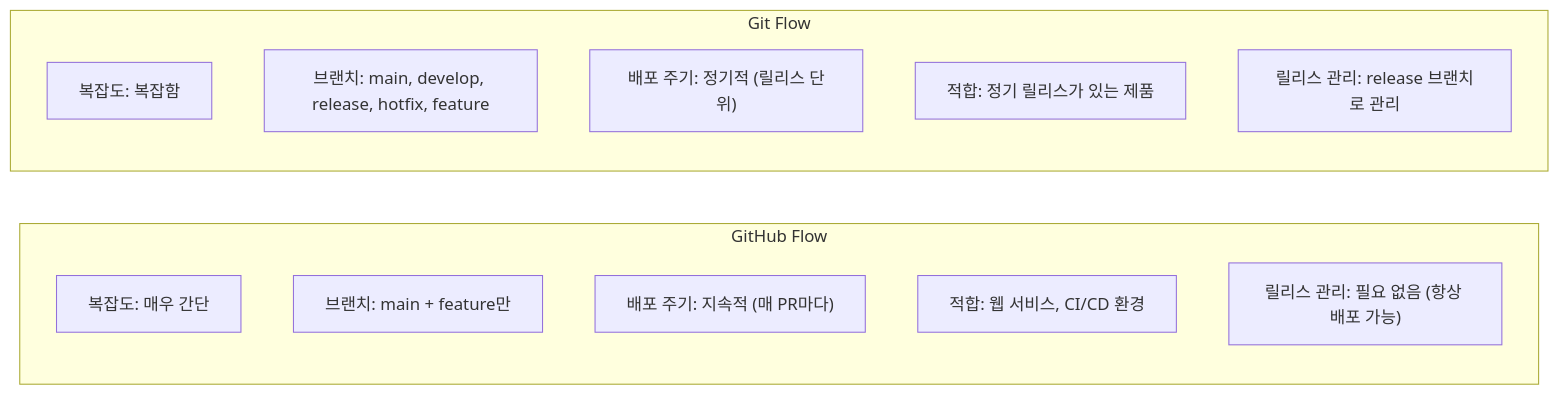
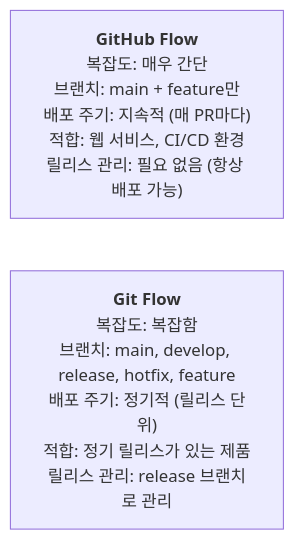
One commit to jingu279/Document changed the second of 2 diagrams in 06_GitHub/03_GitHub_Flow.md. Above: the diagram before and after it, drawn with Mermaid. The commit also changed 16 other files, not shown here.

Commit message:
Fix all Mermaid rendering issues (subgraph-to-subgraph, unconnected nodes, reserved names, dashes)

````diff
--- a/06_GitHub/03_GitHub_Flow.md
+++ b/06_GitHub/03_GitHub_Flow.md
@@ -120,17 +120,5 @@
 ```mermaid
 flowchart LR
-  subgraph GitHubFlow["GitHub Flow"]
-    GF1["복잡도: 매우 간단"]
-    GF2["브랜치: main + feature만"]
-    GF3["배포 주기: 지속적 (매 PR마다)"]
-    GF4["적합: 웹 서비스, CI/CD 환경"]
-    GF5["릴리스 관리: 필요 없음 (항상 배포 가능)"]
-  end
-  subgraph GitFlow["Git Flow"]
-    GL1["복잡도: 복잡함"]
-    GL2["브랜치: main, develop, release, hotfix, feature"]
-    GL3["배포 주기: 정기적 (릴리스 단위)"]
-    GL4["적합: 정기 릴리스가 있는 제품"]
-    GL5["릴리스 관리: release 브랜치로 관리"]
-  end
+  GitHubFlow["<b>GitHub Flow</b><br/>복잡도: 매우 간단<br/>브랜치: main + feature만<br/>배포 주기: 지속적 (매 PR마다)<br/>적합: 웹 서비스, CI/CD 환경<br/>릴리스 관리: 필요 없음 (항상 배포 가능)"]
+  GitFlow["<b>Git Flow</b><br/>복잡도: 복잡함<br/>브랜치: main, develop, release, hotfix, feature<br/>배포 주기: 정기적 (릴리스 단위)<br/>적합: 정기 릴리스가 있는 제품<br/>릴리스 관리: release 브랜치로 관리"]
 ```
````
